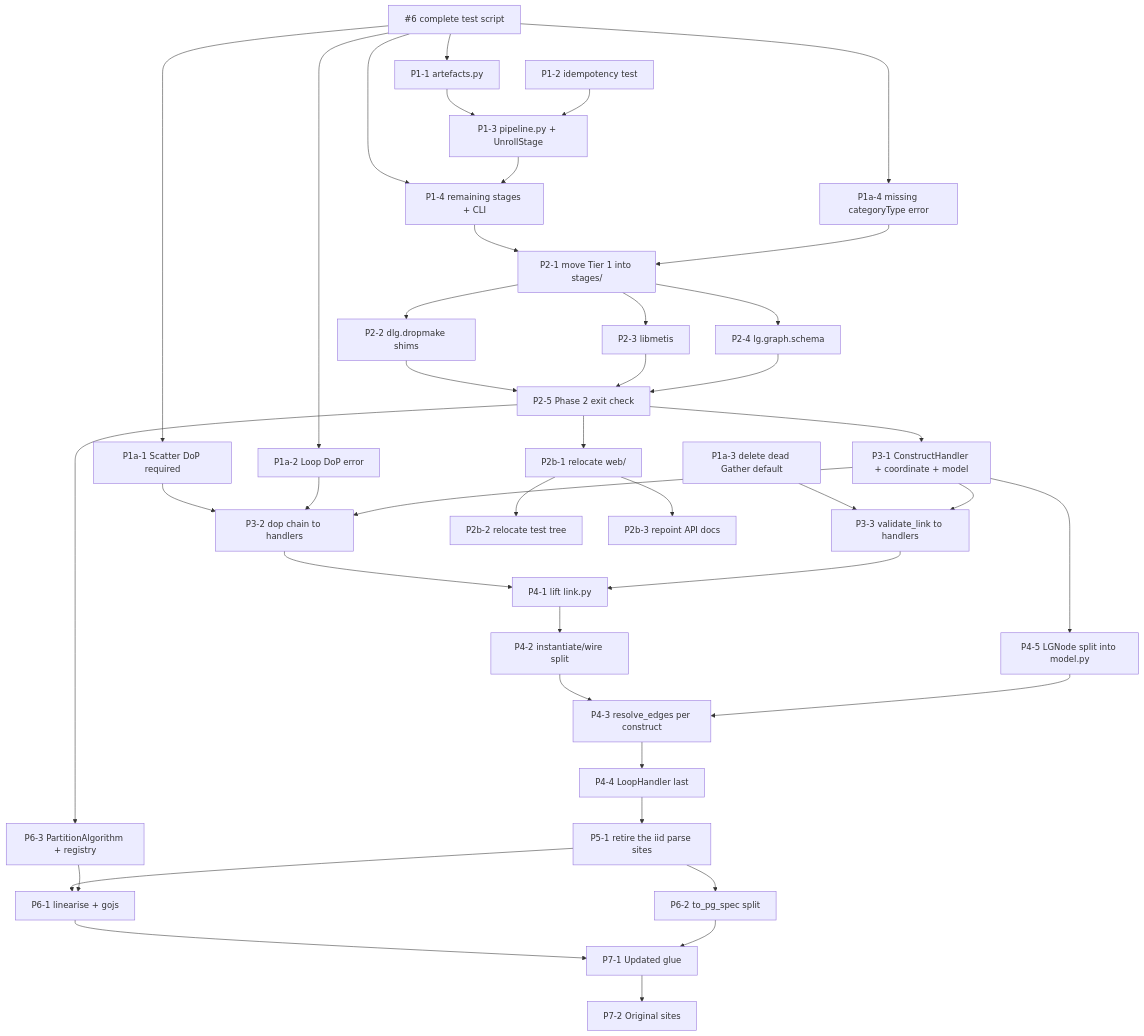
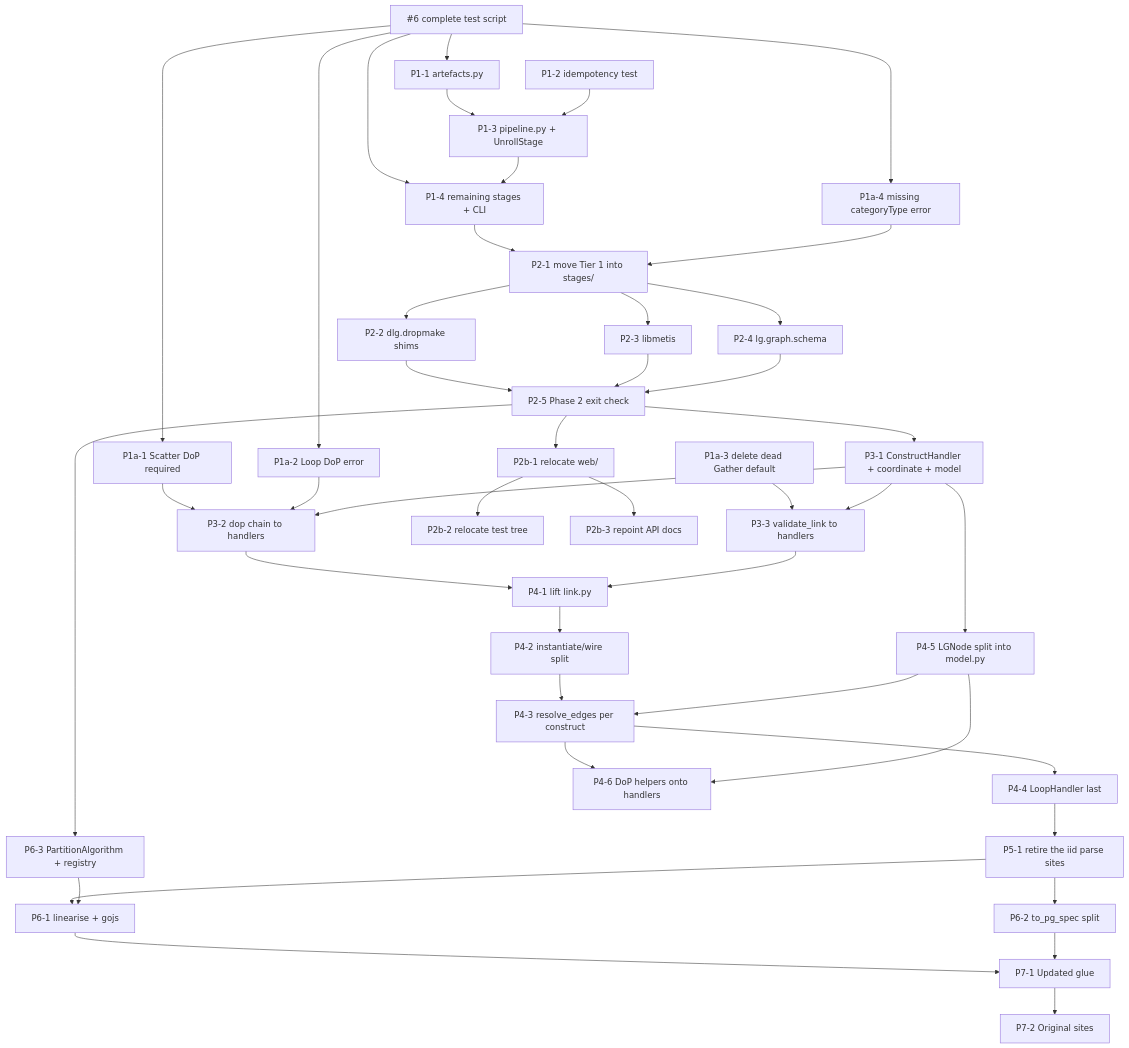
The diagram in daliuge-translator/ARCHITECTURE_ISSUE_PLAN.md (SachaPoulet/daliuge), drawn with Mermaid before and after one commit. The commit also changed other lines of this file, not shown here.

First line of the commit message:
docs(translator): file P4-6, DoP helpers onto handlers

````diff
--- a/daliuge-translator/ARCHITECTURE_ISSUE_PLAN.md
+++ b/daliuge-translator/ARCHITECTURE_ISSUE_PLAN.md
@@ -17,24 +17,25 @@
 ```mermaid
 flowchart TD
     I6["#6 complete test script"] --> P1_1 & P1_4 & P1a_1 & P1a_2 & P1a_4
     P1_1["P1-1 artefacts.py"] --> P1_3
     P1_2["P1-2 idempotency test"] --> P1_3
     P1_3["P1-3 pipeline.py + UnrollStage"] --> P1_4["P1-4 remaining stages + CLI"]
     P1_4 --> P2_1["P2-1 move Tier 1 into stages/"]
     P1a_1["P1a-1 Scatter DoP required"] --> P3_2
     P1a_2["P1a-2 Loop DoP error"] --> P3_2
     P1a_3["P1a-3 delete dead Gather default"] --> P3_3
     P1a_4["P1a-4 missing categoryType error"] --> P2_1
     P2_1 --> P2_2["P2-2 dlg.dropmake shims"] & P2_3["P2-3 libmetis"] & P2_4["P2-4 lg.graph.schema"]
     P2_2 & P2_3 & P2_4 --> P2_5["P2-5 Phase 2 exit check"]
     P2_5 --> P2b_1["P2b-1 relocate web/"] & P3_1["P3-1 ConstructHandler + coordinate + model"] & P6_3["P6-3 PartitionAlgorithm + registry"]
     P2b_1 --> P2b_2["P2b-2 relocate test tree"]
     P2b_1 --> P2b_3["P2b-3 repoint API docs"]
     P3_1 --> P3_2["P3-2 dop chain to handlers"] & P3_3["P3-3 validate_link to handlers"]
     P3_2 & P3_3 --> P4_1["P4-1 lift link.py"]
     P4_1 --> P4_2["P4-2 instantiate/wire split"] --> P4_3["P4-3 resolve_edges per construct"] --> P4_4["P4-4 LoopHandler last"]
     P3_1 --> P4_5["P4-5 LGNode split into model.py"] --> P4_3
+    P4_3 & P4_5 --> P4_6["P4-6 DoP helpers onto handlers"]
     P4_4 --> P5_1["P5-1 retire the iid parse sites"] --> P6_1["P6-1 linearise + gojs"] & P6_2["P6-2 to_pg_spec split"]
     P6_3 --> P6_1
     P6_1 & P6_2 --> P7_1["P7-1 Updated glue"] --> P7_2["P7-2 Original sites"]
 ```
````
